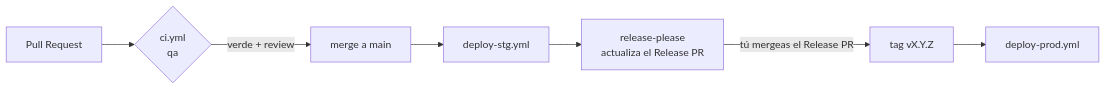
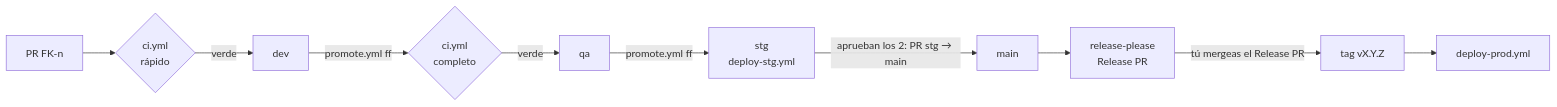
The second of 2 diagrams in docs/06-devops.md (ProgAlphaX/finkey), drawn with Mermaid before and after one commit. The commit also changed other lines of this file and 4 other files, not shown here.

Commit message:
docs: align pipeline and quality docs with branch flow FK-75

````diff
--- a/docs/06-devops.md
+++ b/docs/06-devops.md
@@ -121,9 +121,12 @@
 ```mermaid
 flowchart LR
-  PR[Pull Request] --> CI{ci.yml<br/>qa}
-  CI -->|verde + review| M[merge a main]
-  M --> STG[deploy-stg.yml]
-  STG --> RP[release-please<br/>actualiza el Release PR]
+  PR[PR FK-n] --> CI{ci.yml<br/>rápido}
+  CI -->|verde| DEV[dev]
+  DEV -->|promote.yml ff| QA{ci.yml<br/>completo}
+  QA -->|verde| QAB[qa]
+  QAB -->|promote.yml ff| STG[stg<br/>deploy-stg.yml]
+  STG -->|aprueban los 2: PR stg → main| M[main]
+  M --> RP[release-please<br/>Release PR]
   RP -->|tú mergeas el Release PR| TAG[tag vX.Y.Z]
   TAG --> PROD[deploy-prod.yml]
 ```
````
